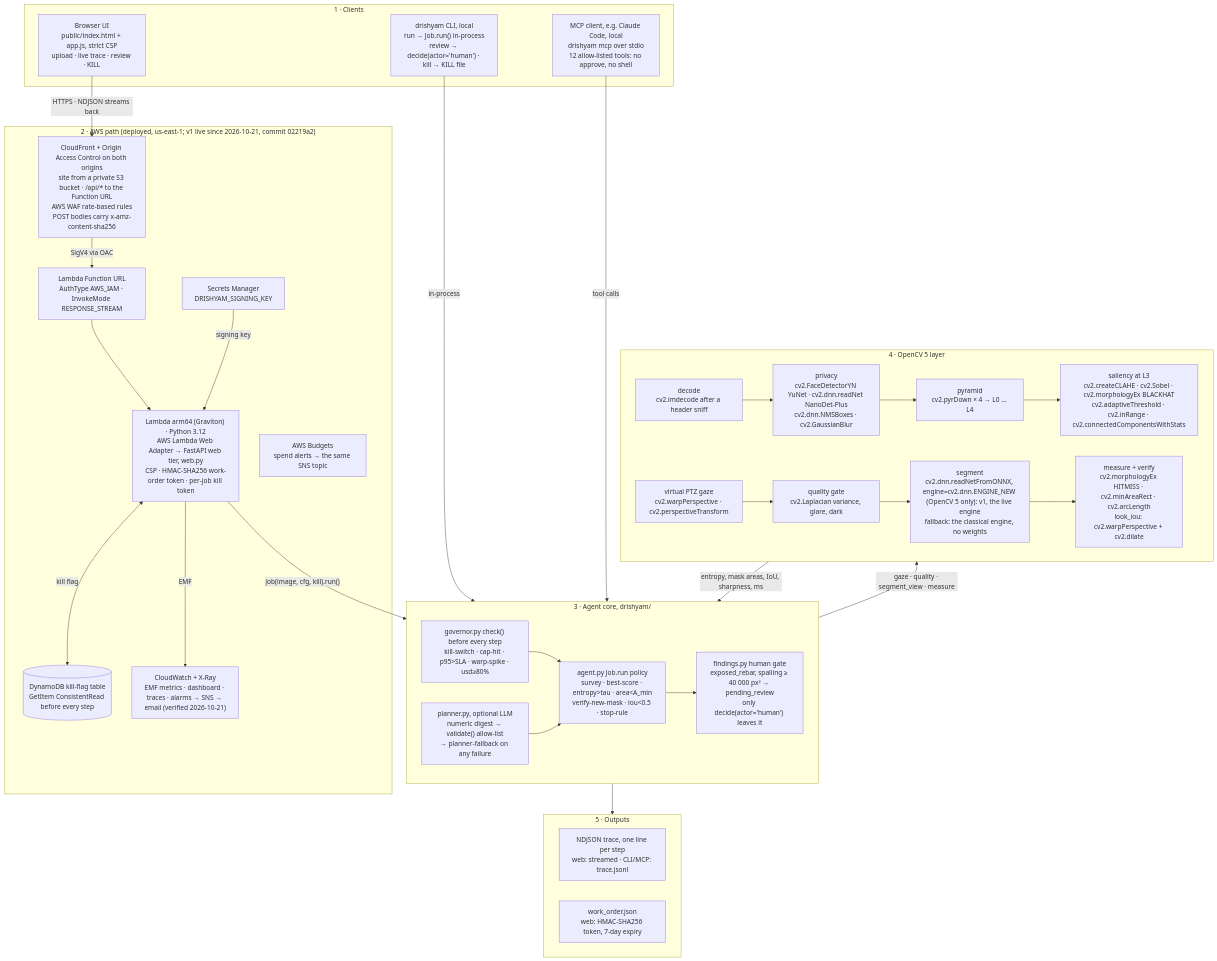
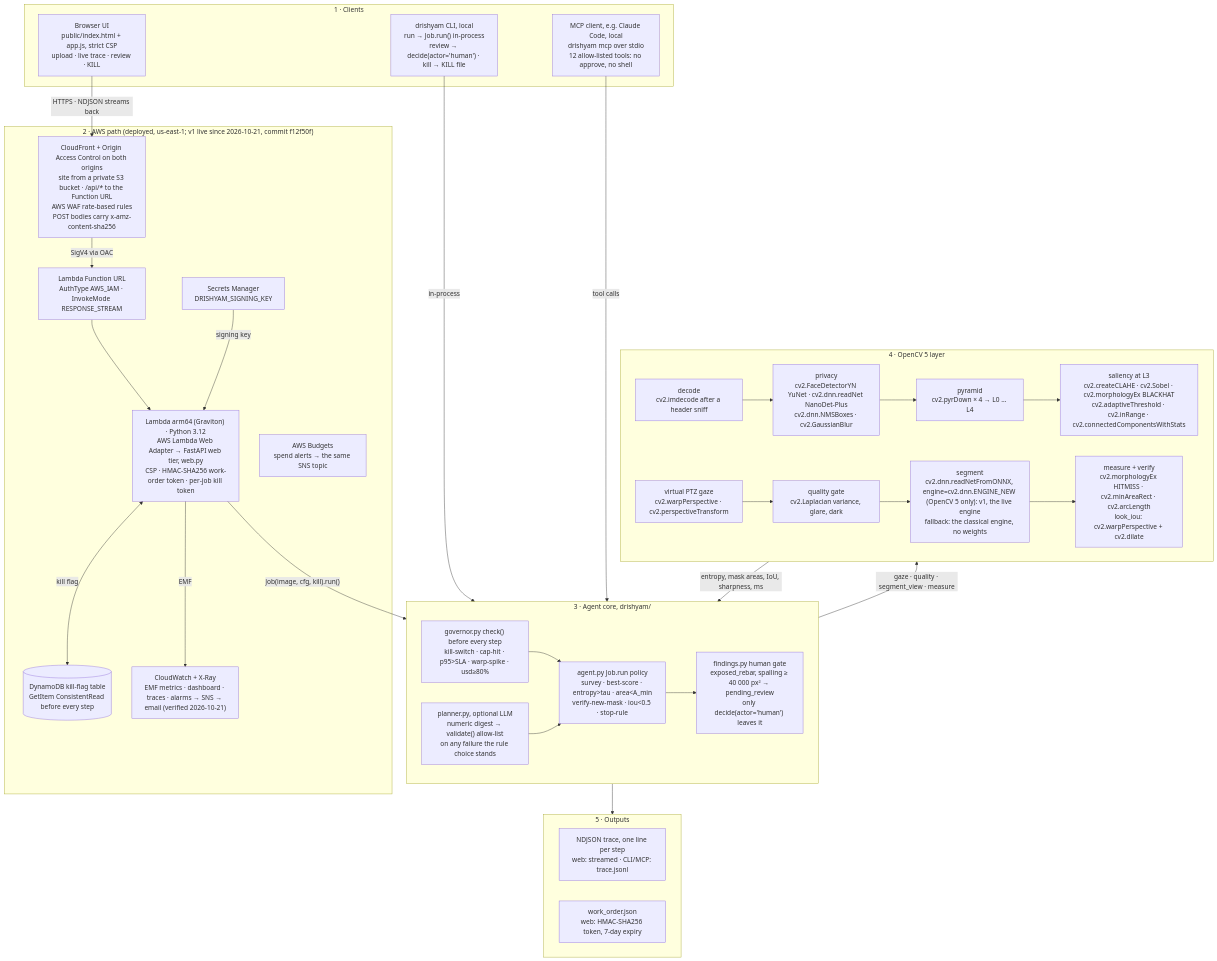
The diagram in docs/architecture.mmd (vj-io/drishyam), drawn with Mermaid before and after one commit. The commit also changed 13 other files, not shown here.

```diff
--- a/docs/architecture.mmd
+++ b/docs/architecture.mmd
@@ -1,59 +1,59 @@
 %% Drishyam system architecture: the same content as docs/architecture.svg.
 %% cv2 names are the calls made in drishyam/imaging.py, privacy.py, segment.py, measure.py and agent.py.
 flowchart TB
     subgraph CLIENTS["1 · Clients"]
         UI["Browser UI<br/>public/index.html + app.js, strict CSP<br/>upload · live trace · review · KILL"]
         CLI["drishyam CLI, local<br/>run → Job.run() in-process<br/>review → decide(actor='human') · kill → KILL file"]
         MCPC["MCP client, e.g. Claude Code, local<br/>drishyam mcp over stdio<br/>12 allow-listed tools: no approve, no shell"]
     end
 
-    subgraph AWS["2 · AWS path (deployed, us-east-1; v1 live since 2026-10-21, commit 02219a2)"]
+    subgraph AWS["2 · AWS path (deployed, us-east-1; v1 live since 2026-10-21, commit f12f50f)"]
         CF["CloudFront + Origin Access Control on both origins<br/>site from a private S3 bucket · /api/* to the Function URL<br/>AWS WAF rate-based rules<br/>POST bodies carry x-amz-content-sha256"]
         FURL["Lambda Function URL<br/>AuthType AWS_IAM · InvokeMode RESPONSE_STREAM"]
         LAMBDA["Lambda arm64 (Graviton) · Python 3.12<br/>AWS Lambda Web Adapter → FastAPI web tier, web.py<br/>CSP · HMAC-SHA256 work-order token · per-job kill token"]
         DDB[("DynamoDB kill-flag table<br/>GetItem ConsistentRead before every step")]
         SM["Secrets Manager<br/>DRISHYAM_SIGNING_KEY"]
         CW["CloudWatch + X-Ray<br/>EMF metrics · dashboard · traces · alarms → SNS → email (verified 2026-10-21)"]
         BUD["AWS Budgets<br/>spend alerts → the same SNS topic"]
     end
 
     subgraph CORE["3 · Agent core, drishyam/"]
         POLICY["agent.py Job.run policy<br/>survey · best-score · entropy#gt;tau · area#lt;A_min<br/>verify-new-mask · iou#lt;0.5 · stop-rule"]
         GOV["governor.py check() before every step<br/>kill-switch · cap-hit · p95#gt;SLA · warp-spike · usd≥80%"]
-        PLAN["planner.py, optional LLM<br/>numeric digest → validate() allow-list<br/>→ planner-fallback on any failure"]
+        PLAN["planner.py, optional LLM<br/>numeric digest → validate() allow-list<br/>on any failure the rule choice stands"]
         GATE["findings.py human gate<br/>exposed_rebar, spalling ≥ 40 000 px² → pending_review<br/>only decide(actor='human') leaves it"]
         GOV --> POLICY
         PLAN --> POLICY
         POLICY --> GATE
     end
 
     subgraph CV["4 · OpenCV 5 layer"]
         DEC["decode<br/>cv2.imdecode after a header sniff"]
         PRIV["privacy<br/>cv2.FaceDetectorYN YuNet · cv2.dnn.readNet NanoDet-Plus<br/>cv2.dnn.NMSBoxes · cv2.GaussianBlur"]
         PYR["pyramid<br/>cv2.pyrDown × 4 → L0 … L4"]
         SAL["saliency at L3<br/>cv2.createCLAHE · cv2.Sobel · cv2.morphologyEx BLACKHAT<br/>cv2.adaptiveThreshold · cv2.inRange · cv2.connectedComponentsWithStats"]
         GAZE["virtual PTZ gaze<br/>cv2.warpPerspective · cv2.perspectiveTransform"]
         QG["quality gate<br/>cv2.Laplacian variance, glare, dark"]
         SEG["segment<br/>cv2.dnn.readNetFromONNX, engine=cv2.dnn.ENGINE_NEW (OpenCV 5 only): v1, the live engine<br/>fallback: the classical engine, no weights"]
         MEAS["measure + verify<br/>cv2.morphologyEx HITMISS · cv2.minAreaRect · cv2.arcLength<br/>look_iou: cv2.warpPerspective + cv2.dilate"]
         DEC --> PRIV --> PYR --> SAL
         GAZE --> QG --> SEG --> MEAS
     end
 
     subgraph OUT["5 · Outputs"]
         TRACE["NDJSON trace, one line per step<br/>web: streamed · CLI/MCP: trace.jsonl"]
         WO["work_order.json<br/>web: HMAC-SHA256 token, 7-day expiry"]
     end
 
     UI -->|"HTTPS · NDJSON streams back"| CF
     CF -->|"SigV4 via OAC"| FURL --> LAMBDA
     LAMBDA <-->|"kill flag"| DDB
     SM -->|"signing key"| LAMBDA
     LAMBDA -->|"EMF"| CW
     BUD ~~~ CW
     LAMBDA -->|"Job(image, cfg, kill).run()"| CORE
     CLI -->|"in-process"| CORE
     MCPC -->|"tool calls"| CORE
     CORE -->|"gaze · quality · segment_view · measure"| CV
     CV -->|"entropy, mask areas, IoU, sharpness, ms"| CORE
     CORE --> OUT
```
